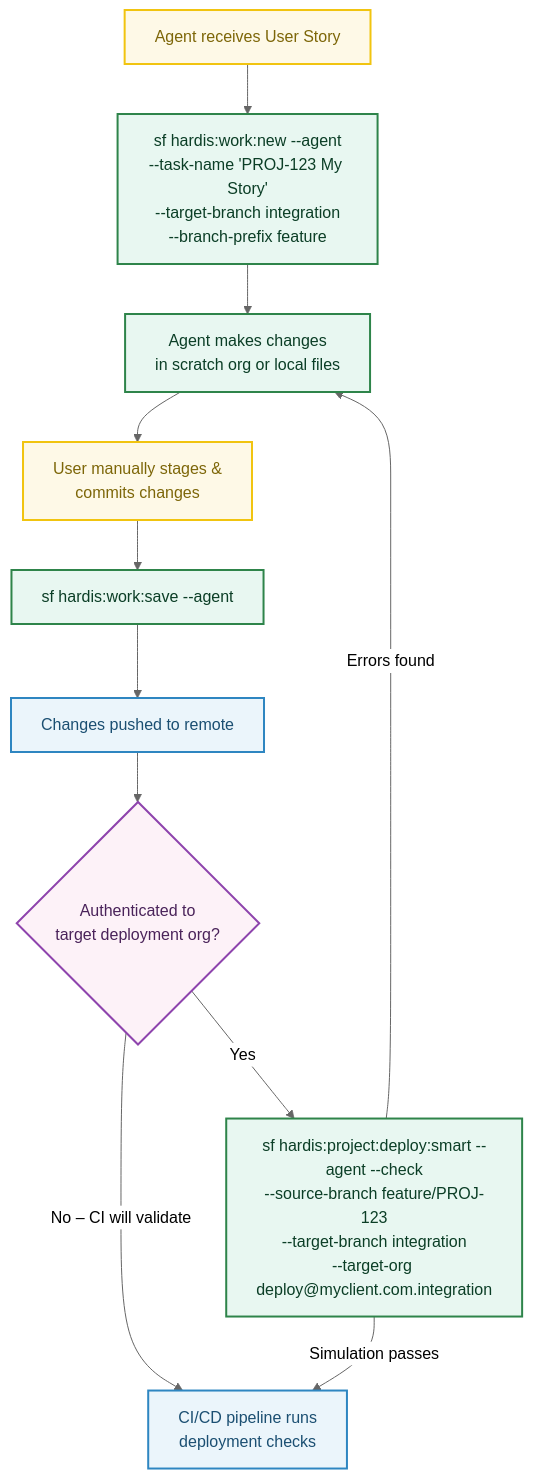
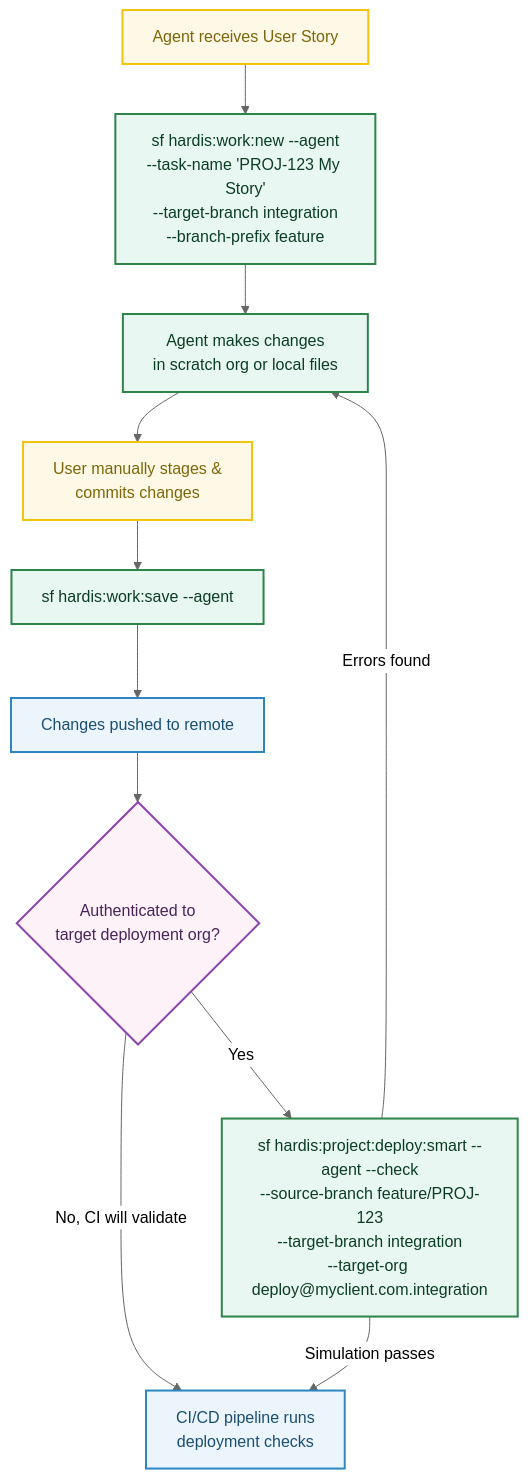
The diagram in docs/salesforce-ci-cd-agent-skills.md (hardisgroupcom/sfdx-hardis), drawn with Mermaid (neutral theme) before and after one commit. The commit also changed other lines of this file and 221 other files, not shown here.

````diff
--- a/docs/salesforce-ci-cd-agent-skills.md
+++ b/docs/salesforce-ci-cd-agent-skills.md
@@ -199,23 +199,23 @@
 ```mermaid
 graph TD
   A[Agent receives User Story] --> B["sf hardis:work:new --agent<br/>--task-name 'PROJ-123 My Story'<br/>--target-branch integration<br/>--branch-prefix feature"]
   B --> C["Agent makes changes<br/>in scratch org or local files"]
   C --> D["User manually stages &<br/>commits changes"]
   D --> E["sf hardis:work:save --agent"]
   E --> F[Changes pushed to remote]
   F --> G{Authenticated to<br/>target deployment org?}
   G -->|Yes| H["sf hardis:project:deploy:smart --agent --check<br/>--source-branch feature/PROJ-123<br/>--target-branch integration<br/>--target-org deploy@myclient.com.integration"]
-  G -->|No – CI will validate| I["CI/CD pipeline runs<br/>deployment checks"]
+  G -->|No, CI will validate| I["CI/CD pipeline runs<br/>deployment checks"]
   H -->|Simulation passes| I
   H -->|Errors found| C
 
   classDef agent fill:#E8F7F1,stroke:#2E844A,stroke-width:2px,color:#0B3E26;
   classDef cicd fill:#EBF5FB,stroke:#2E86C1,stroke-width:2px,color:#1B4F72;
   classDef user fill:#FEF9E7,stroke:#F1C40F,stroke-width:2px,color:#7D6608;
   classDef decision fill:#FDF2F8,stroke:#8E44AD,stroke-width:2px,color:#4A235A;
 
   class A,D user;
   class B,C,E,H agent;
   class F,I cicd;
   class G decision;
 ```
````
